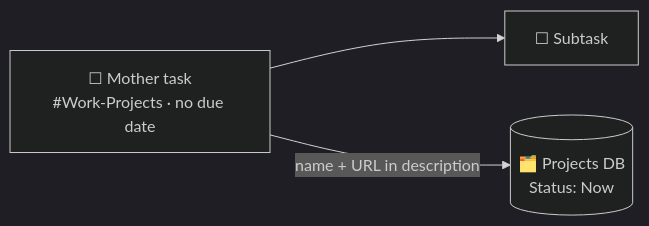
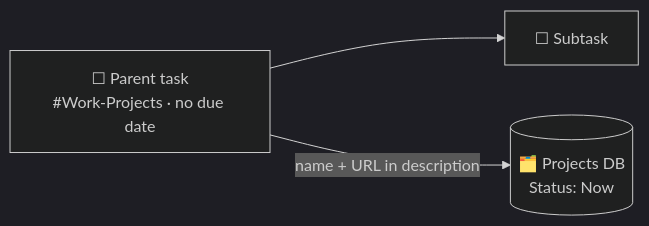
Before and after one commit to dcop7/tips_and_guides: the second of 5 diagrams in workflow/personal-productivity-system-cheatsheet.md, drawn with Mermaid (dark theme). The commit also changed other lines of this file, not shown here.

````diff
--- a/workflow/personal-productivity-system-cheatsheet.md
+++ b/workflow/personal-productivity-system-cheatsheet.md
@@ -54,5 +54,5 @@
 ```mermaid
 flowchart LR
-    Mother["☐ Mother task<br/>#Work-Projects · no due date"] --> Sub["☐ Subtask"]
-    Mother -->|"name + URL in description"| Row[("🗂️ Projects DB<br/>Status: Now")]
+    Parent["☐ Parent task<br/>#Work-Projects · no due date"] --> Sub["☐ Subtask"]
+    Parent -->|"name + URL in description"| Row[("🗂️ Projects DB<br/>Status: Now")]
 ```
````
